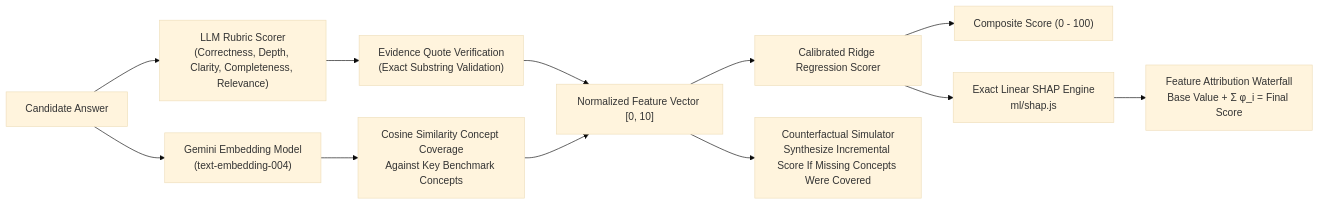
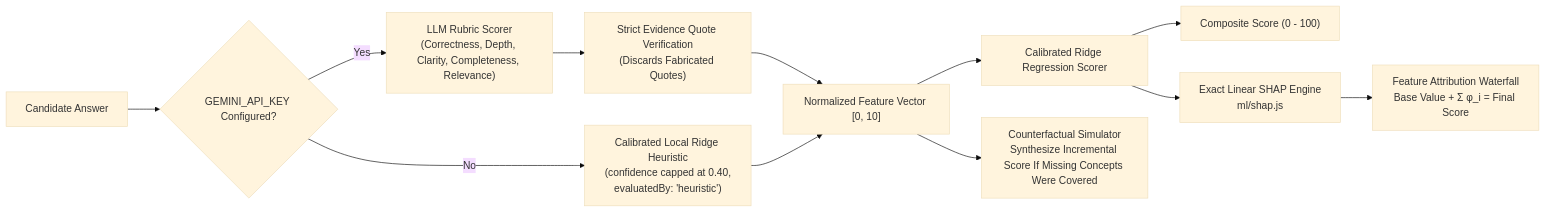
One commit to Ashishydv0903/Adaptiq changed the third of 5 diagrams in docs/ARCHITECTURE.md. Above: the diagram before and after it, drawn with Mermaid (base theme). The commit also changed other lines of this file and 181 other files, not shown here.

````diff
--- a/docs/ARCHITECTURE.md
+++ b/docs/ARCHITECTURE.md
@@ -130,19 +102,19 @@
 ```mermaid
 flowchart LR
-    CandidateAns["Candidate Answer"] --> RubricLLM["LLM Rubric Scorer<br/>(Correctness, Depth, Clarity, Completeness, Relevance)"]
-    CandidateAns --> EmbeddingEngine["Gemini Embedding Model<br/>(text-embedding-004)"]
+    CandidateAns["Candidate Answer"] --> LLMCheck{"GEMINI_API_KEY Configured?"}
     
-    RubricLLM --> EvidenceQuoteCheck["Evidence Quote Verification<br/>(Exact Substring Validation)"]
-    EmbeddingEngine --> ConceptCoverage["Cosine Similarity Concept Coverage<br/>Against Key Benchmark Concepts"]
+    LLMCheck -- Yes --> RubricLLM["LLM Rubric Scorer<br/>(Correctness, Depth, Clarity, Completeness, Relevance)"]
+    LLMCheck -- No --> HeuristicScorer["Calibrated Local Ridge Heuristic<br/>(confidence capped at 0.40,<br/>evaluatedBy: 'heuristic')"]
     
+    RubricLLM --> EvidenceQuoteCheck["Strict Evidence Quote Verification<br/>(Discards Fabricated Quotes)"]
     EvidenceQuoteCheck --> FeatureVector["Normalized Feature Vector [0, 10]"]
-    ConceptCoverage --> FeatureVector
+    HeuristicScorer --> FeatureVector
     
     FeatureVector --> RidgeModel["Calibrated Ridge Regression Scorer"]
     RidgeModel --> FinalScore["Composite Score (0 - 100)"]
     
     RidgeModel --> LinearSHAP["Exact Linear SHAP Engine<br/>ml/shap.js"]
     LinearSHAP --> FeatureAttribution["Feature Attribution Waterfall<br/>Base Value + &Sigma; &phi;_i = Final Score"]
     
     FeatureVector --> Counterfactuals["Counterfactual Simulator<br/>Synthesize Incremental Score If Missing Concepts Were Covered"]
 ```
````
